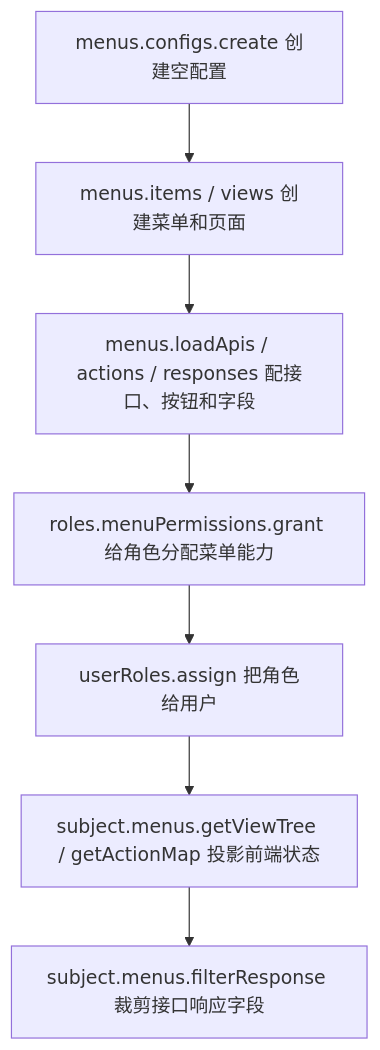
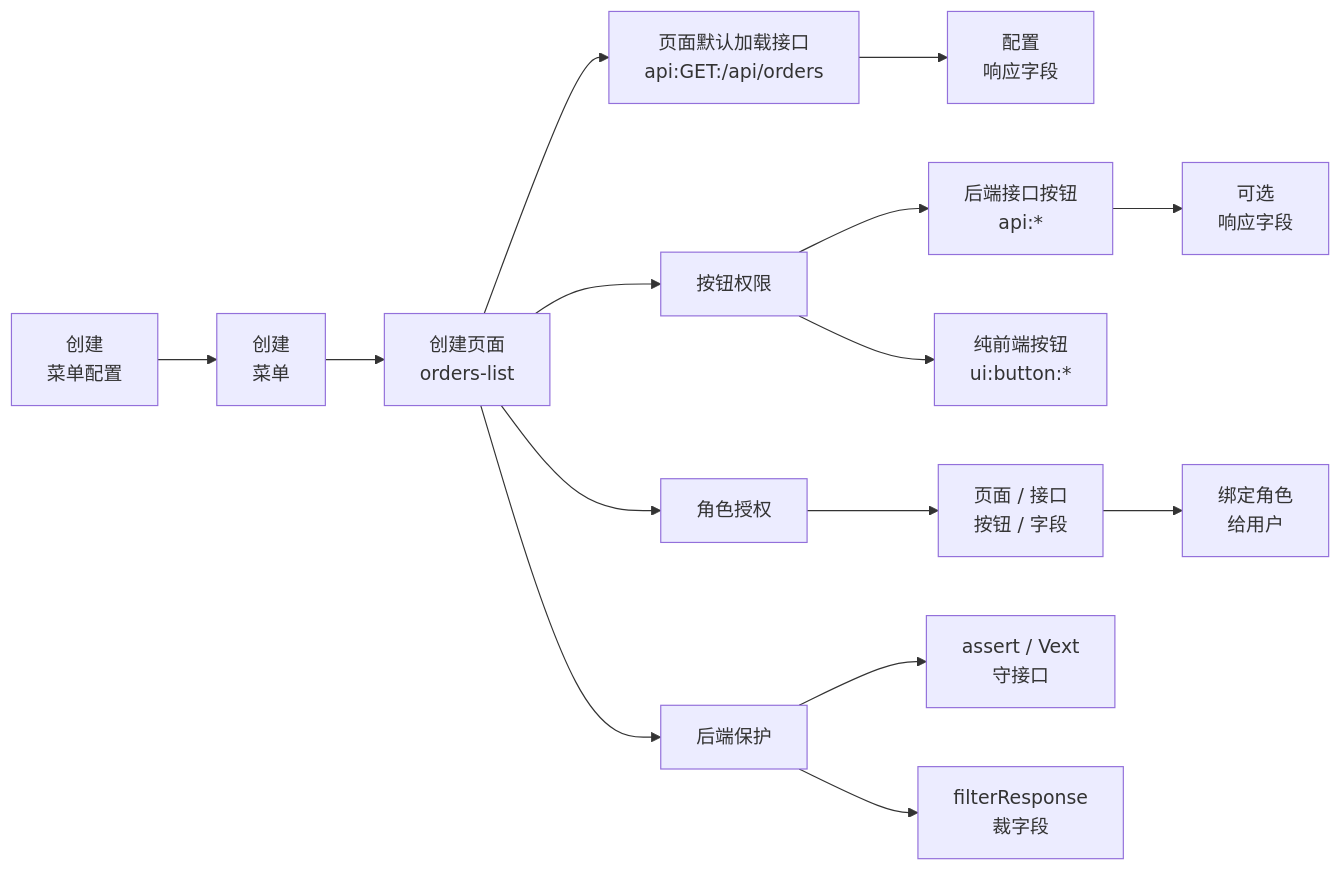
Before and after one commit to vextjs/permission-core: the diagram in website/docs/zh/guide/menu-management.md, drawn with Mermaid. The commit also changed other lines of this file and 14 other files, not shown here.

````diff
--- a/website/docs/zh/guide/menu-management.md
+++ b/website/docs/zh/guide/menu-management.md
@@ -7,11 +7,19 @@
 ```mermaid
-flowchart TD
-  accTitle: 菜单配置生命周期
-  accDescr: 管理端逐项创建配置、菜单、页面、接口和响应字段后，角色菜单授权分配其中能力，用户绑定角色后，subject runtime 投影前端状态和响应字段。
-  A["menus.configs.create 创建空配置"] --> B["menus.items / views 创建菜单和页面"]
-  B --> C["menus.loadApis / actions / responses 配接口、按钮和字段"]
-  C --> D["roles.menuPermissions.grant 给角色分配菜单能力"]
-  D --> E["userRoles.assign 把角色给用户"]
-  E --> F["subject.menus.getViewTree / getActionMap 投影前端状态"]
-  F --> G["subject.menus.filterResponse 裁剪接口响应字段"]
+flowchart LR
+  accTitle: 菜单配置到接口保护流程
+  accDescr: 管理端先创建菜单配置、菜单和页面，再配置页面加载接口、按钮接口或 UI 权限、接口响应字段；随后给角色授权这些能力，并在后端保护接口和响应字段。
+  A["创建<br/>菜单配置"] --> B["创建<br/>菜单"]
+  B --> C["创建页面<br/>orders-list"]
+  C --> D["页面默认加载接口<br/>api:GET:/api/orders"]
+  D --> D1["配置<br/>响应字段"]
+  C --> E["按钮权限"]
+  E --> E1["后端接口按钮<br/>api:*"]
+  E1 --> E2["可选<br/>响应字段"]
+  E --> E3["纯前端按钮<br/>ui:button:*"]
+  C --> F["角色授权"]
+  F --> F1["页面 / 接口<br/>按钮 / 字段"]
+  F1 --> F2["绑定角色<br/>给用户"]
+  C --> G["后端保护"]
+  G --> G1["assert / Vext<br/>守接口"]
+  G --> G2["filterResponse<br/>裁字段"]
 ```
````
